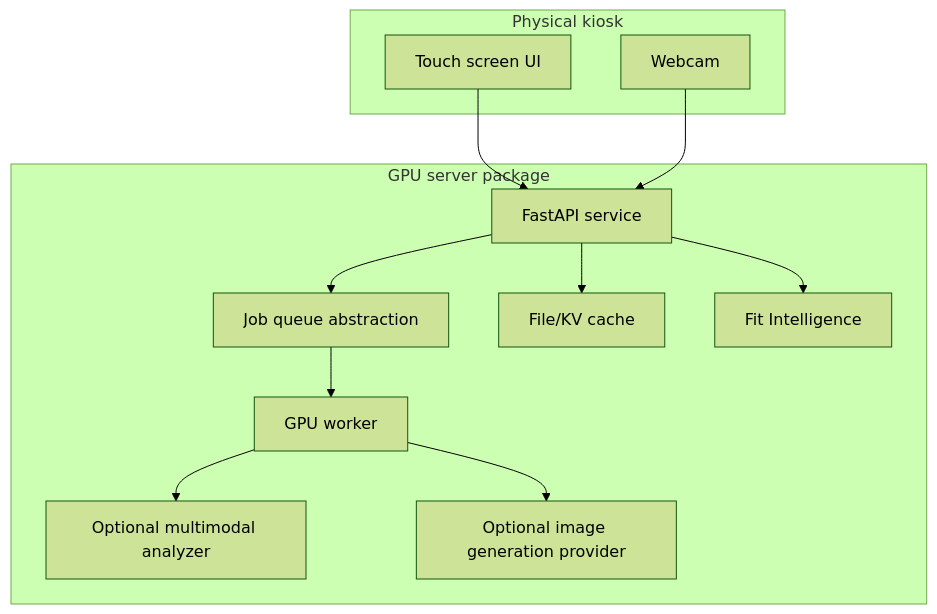
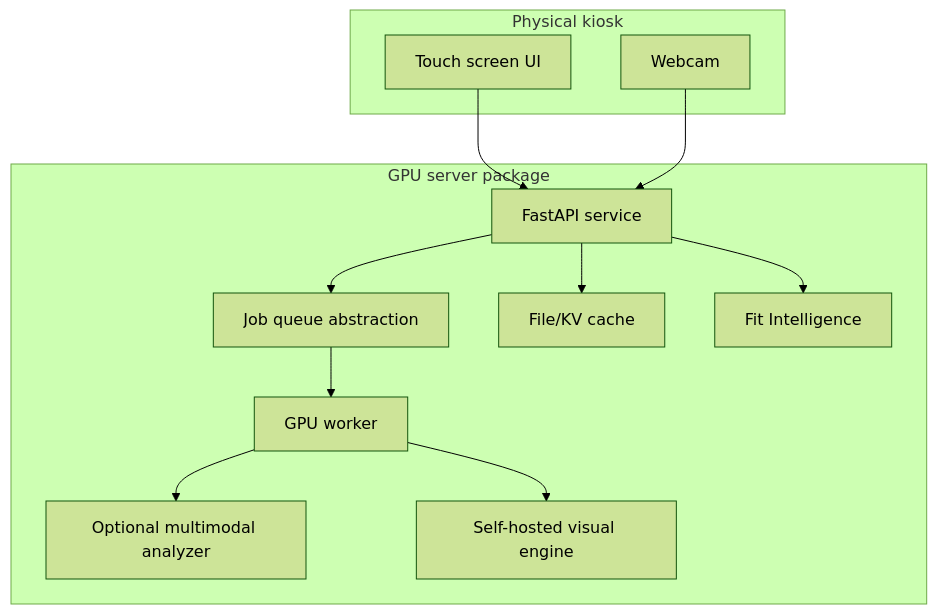
Before and after one commit to yodawu28/visual-tryon: the second of 2 diagrams in docs/architecture/kiosk-gpu-flow.md, drawn with Mermaid (forest theme). The commit also changed other lines of this file and 19 other files, not shown here.

````diff
--- a/docs/architecture/kiosk-gpu-flow.md
+++ b/docs/architecture/kiosk-gpu-flow.md
@@ -81,26 +83,26 @@
 ```mermaid
 flowchart TB
     subgraph Kiosk[Physical kiosk]
         UI[Touch screen UI]
         CAM[Webcam]
     end
 
     subgraph GPU[GPU server package]
         API[FastAPI service]
         JOBS[Job queue abstraction]
         CACHE[File/KV cache]
         WORKER[GPU worker]
         FIT[Fit Intelligence]
         QWEN[Optional multimodal analyzer]
-        GEN[Optional image generation provider]
+        GEN[Self-hosted visual engine]
     end
 
     UI --> API
     CAM --> API
     API --> JOBS
     JOBS --> WORKER
     API --> CACHE
     API --> FIT
     WORKER --> QWEN
     WORKER --> GEN
 ```
````
